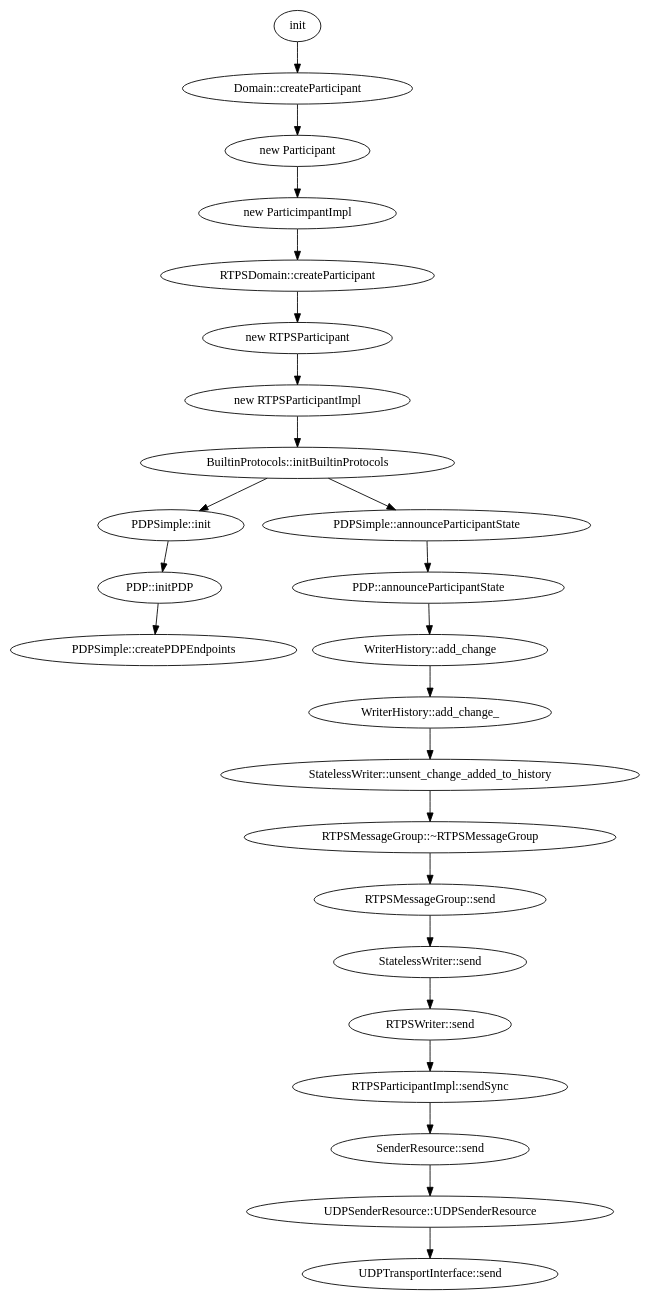
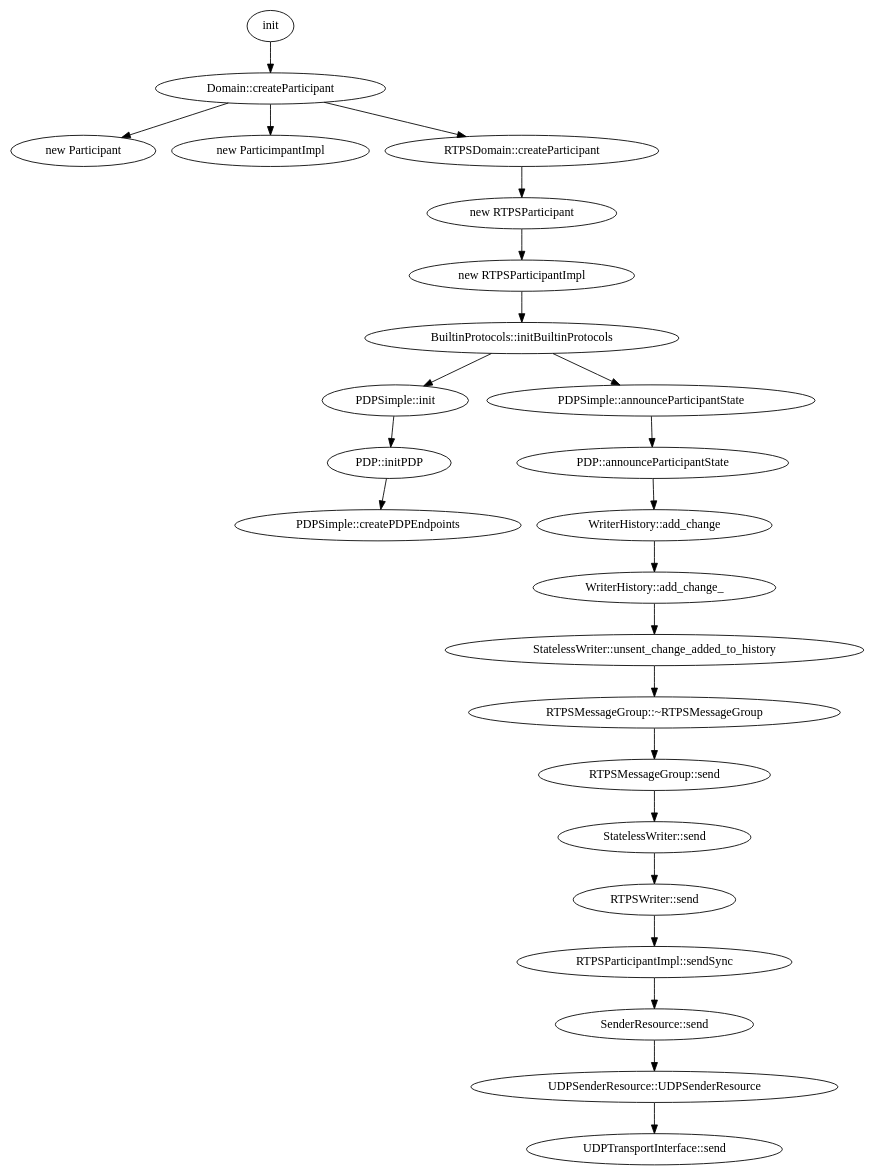
One commit to novelinux/android changed the diagram in iot/rtps/create-participant.dot. Above: the diagram before and after it, drawn with Graphviz. The commit also changed 1 other file, not shown here.

```diff
--- a/iot/rtps/create-participant.dot
+++ b/iot/rtps/create-participant.dot
@@ -1,34 +1,36 @@
 digraph create_participant
 {
         1[label="Domain::createParticipant"];
         11[label="new Participant"];
         12[label="new ParticimpantImpl"];
 
         13[label="RTPSDomain::createParticipant"];
         14[label="new RTPSParticipant"];
         15[label="new RTPSParticipantImpl"];
 
         16[label="BuiltinProtocols::initBuiltinProtocols"]
         17[label="PDPSimple::init"]
         18[label="PDP::initPDP"]
         19[label="PDPSimple::createPDPEndpoints"]
 
         20[label="PDPSimple::announceParticipantState"]
         21[label="PDP::announceParticipantState"]
         22[label="WriterHistory::add_change"]
         23[label="WriterHistory::add_change_"]
         24[label="StatelessWriter::unsent_change_added_to_history"]
         25[label="RTPSMessageGroup::~RTPSMessageGroup"]
         26[label="RTPSMessageGroup::send"]
         27[label="StatelessWriter::send"]
         28[label="RTPSWriter::send"]
         29[label="RTPSParticipantImpl::sendSync"]
         30[label="SenderResource::send"]
         31[label="UDPSenderResource::UDPSenderResource"]
         32[label="UDPTransportInterface::send"]
         init -> 1;
-        1 -> 11 -> 12 -> 13;
+        1 -> 11;
+        1 -> 12;
+        1 -> 13;
         13 -> 14 -> 15;
         15 -> 16 -> 17 -> 18 -> 19;
         16 -> 20 -> 21 -> 22 -> 23 -> 24 -> 25 -> 26 -> 27 -> 28 -> 29 -> 30 -> 31 -> 32;
 }
```
